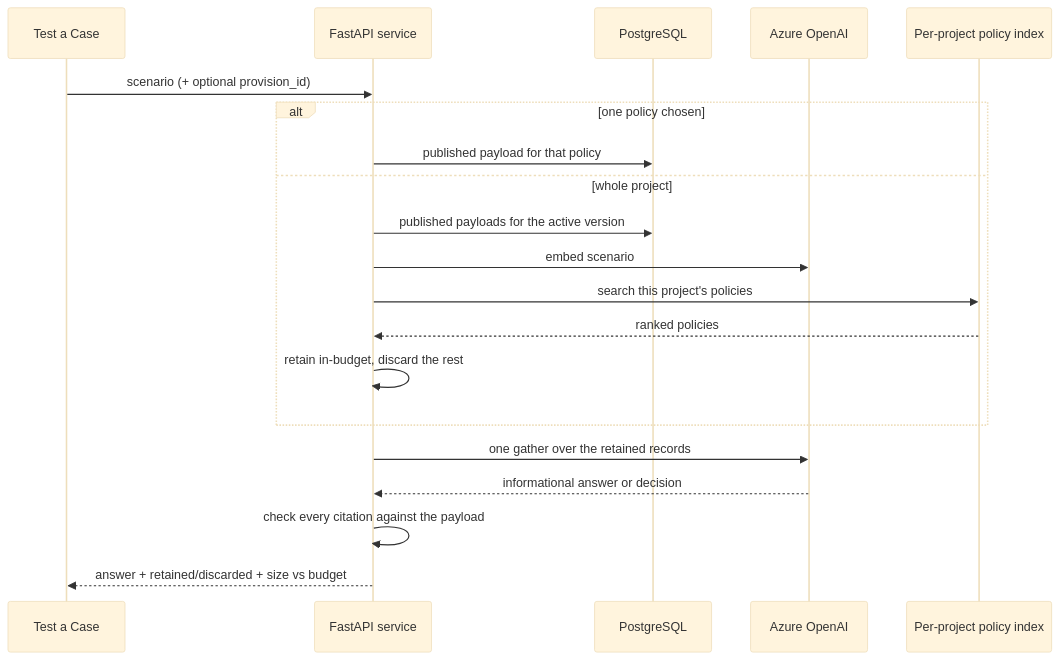
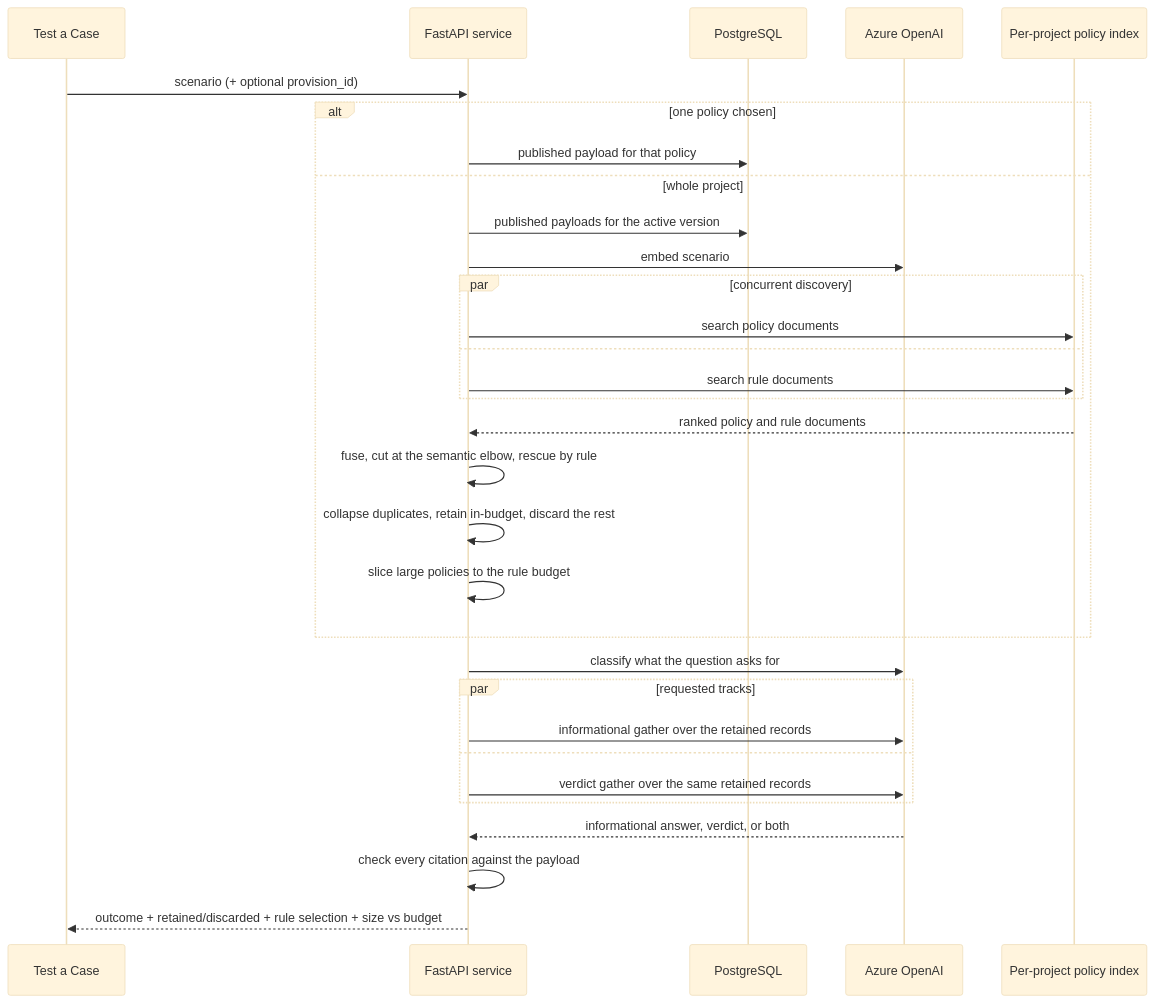
The seventh of 8 diagrams in docs/capability-flows.md (taomar/policy-governance-engine), drawn with Mermaid (base theme) before and after one commit. The commit also changed other lines of this file and 15 other files, not shown here.

First line of the commit message:
Document Policy Decision v3 integrations

````diff
--- a/docs/capability-flows.md
+++ b/docs/capability-flows.md
@@ -164,23 +164,34 @@
 ```mermaid
 sequenceDiagram
     participant UI as Test a Case
     participant API as FastAPI service
     participant DB as PostgreSQL
     participant AOAI as Azure OpenAI
     participant PIdx as Per-project policy index
 
     UI->>API: scenario (+ optional provision_id)
     alt one policy chosen
         API->>DB: published payload for that policy
     else whole project
         API->>DB: published payloads for the active version
         API->>AOAI: embed scenario
-        API->>PIdx: search this project's policies
-        PIdx-->>API: ranked policies
-        API->>API: retain in-budget, discard the rest
+        par concurrent discovery
+            API->>PIdx: search policy documents
+        and
+            API->>PIdx: search rule documents
+        end
+        PIdx-->>API: ranked policy and rule documents
+        API->>API: fuse, cut at the semantic elbow, rescue by rule
+        API->>API: collapse duplicates, retain in-budget, discard the rest
+        API->>API: slice large policies to the rule budget
     end
-    API->>AOAI: one gather over the retained records
-    AOAI-->>API: informational answer or decision
+    API->>AOAI: classify what the question asks for
+    par requested tracks
+        API->>AOAI: informational gather over the retained records
+    and
+        API->>AOAI: verdict gather over the same retained records
+    end
+    AOAI-->>API: informational answer, verdict, or both
     API->>API: check every citation against the payload
-    API-->>UI: answer + retained/discarded + size vs budget
+    API-->>UI: outcome + retained/discarded + rule selection + size vs budget
 ```
````
